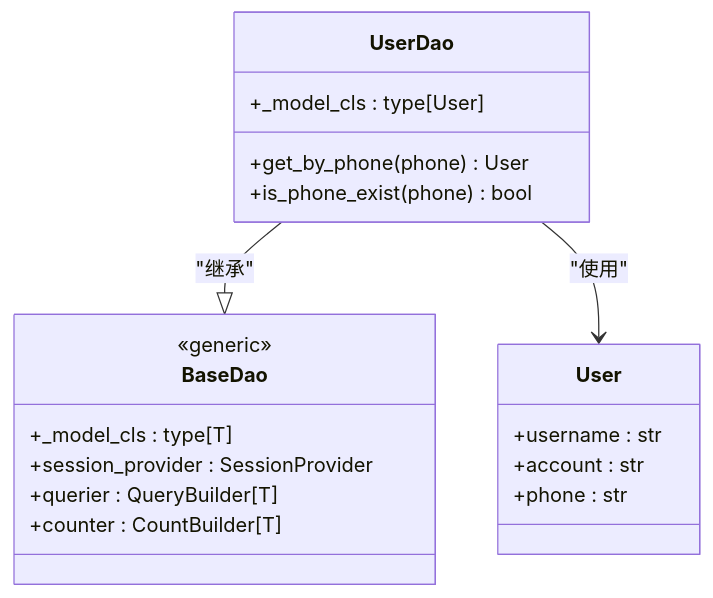
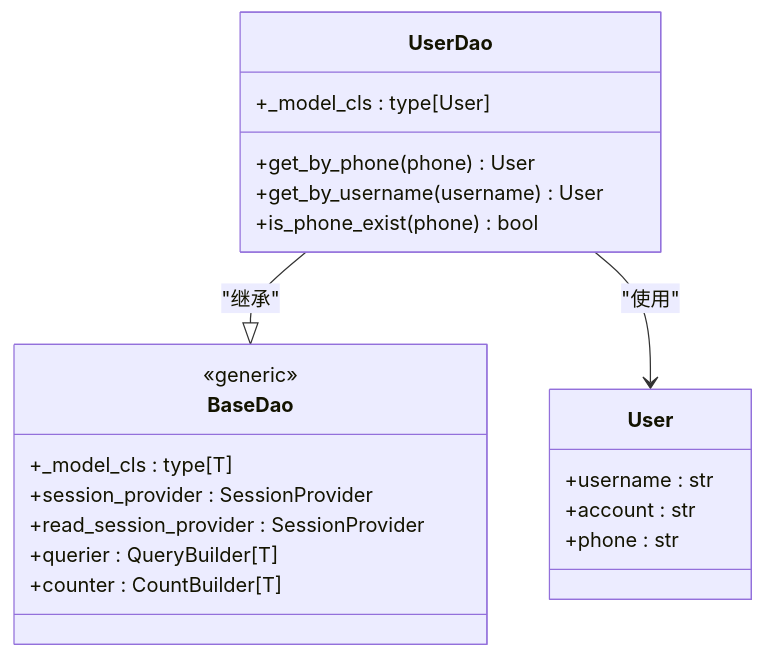
One commit to lilinzezzzzzz/fastapi-backend changed the seventh of 11 diagrams in .qoder/repowiki/zh/content/数据访问层/通用DAO基类.md. Above: the diagram before and after it, drawn with Mermaid. The commit also changed other lines of this file and 38 other files, not shown here.

````diff
--- a/.qoder/repowiki/zh/content/数据访问层/通用DAO基类.md
+++ b/.qoder/repowiki/zh/content/数据访问层/通用DAO基类.md
@@ -301,22 +379,24 @@
 ```mermaid
 classDiagram
 class UserDao {
 +_model_cls : type[User]
 +get_by_phone(phone) User
++get_by_username(username) User
 +is_phone_exist(phone) bool
 }
 class BaseDao {
 <<generic>>
 +_model_cls : type[T]
 +session_provider : SessionProvider
++read_session_provider : SessionProvider
 +querier : QueryBuilder[T]
 +counter : CountBuilder[T]
 }
 class User {
 +username : str
 +account : str
 +phone : str
 }
 UserDao --|> BaseDao : "继承"
 UserDao --> User : "使用"
 ```
````
